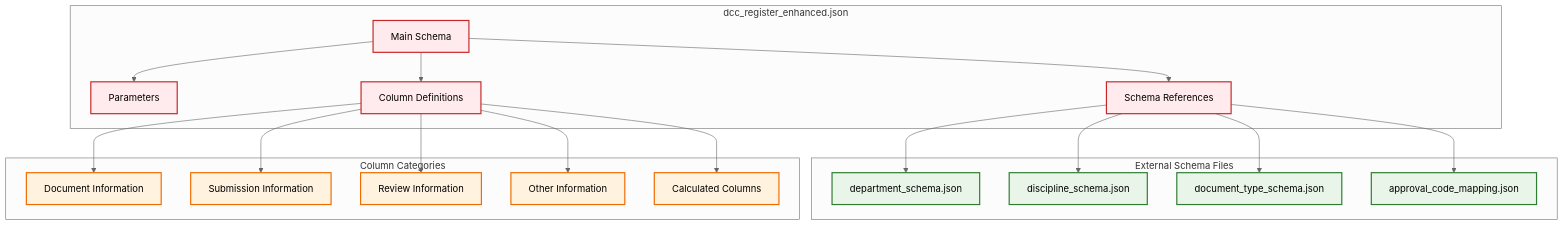
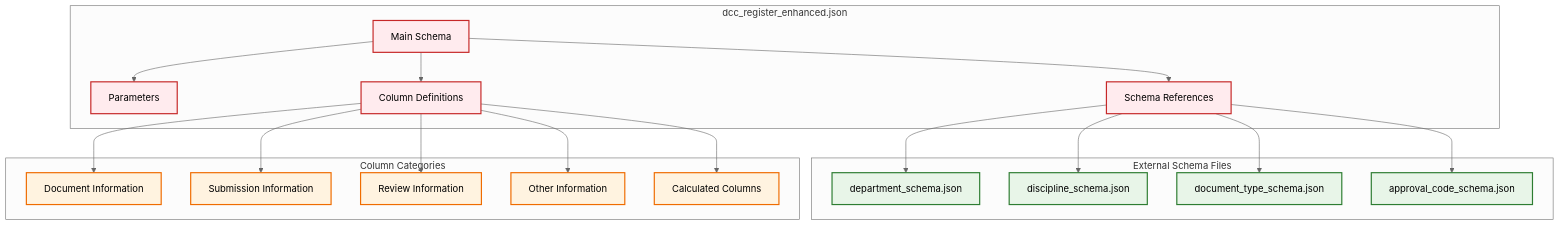
The second of 3 diagrams in dcc/workflow/explaination/universal-processing-workflow.md (chinwarsoon/Engineering-and-Design), drawn with Mermaid (neutral theme) before and after one commit. The commit also changed other lines of this file and 13 other files, not shown here.

````diff
--- a/dcc/workflow/explaination/universal-processing-workflow.md
+++ b/dcc/workflow/explaination/universal-processing-workflow.md
@@ -311,52 +311,52 @@
 ```mermaid
 graph TD
     %% Main Schema
     subgraph "dcc_register_enhanced.json"
         MAIN[Main Schema]
         PARAMS[Parameters]
         COLS[Column Definitions]
         REFS[Schema References]
     end
     
     %% External Schemas
     subgraph "External Schema Files"
         DEPT[department_schema.json]
         DISC[discipline_schema.json]
         DOCTYPE[document_type_schema.json]
-        APPROVAL[approval_code_mapping.json]
+        APPROVAL[approval_code_schema.json]
     end
     
     %% Column Categories
     subgraph "Column Categories"
         DOC_INFO[Document Information]
         SUB_INFO[Submission Information]
         REV_INFO[Review Information]
         OTHER[Other Information]
         CALC[Calculated Columns]
     end
     
     %% Relationships
     MAIN --> PARAMS
     MAIN --> COLS
     MAIN --> REFS
     
     REFS --> DEPT
     REFS --> DISC
     REFS --> DOCTYPE
     REFS --> APPROVAL
     
     COLS --> DOC_INFO
     COLS --> SUB_INFO
     COLS --> REV_INFO
     COLS --> OTHER
     COLS --> CALC
     
     %% Styling
     classDef main fill:#ffebee,stroke:#c62828,stroke-width:2px
     classDef external fill:#e8f5e8,stroke:#2e7d32,stroke-width:2px
     classDef category fill:#fff3e0,stroke:#ef6c00,stroke-width:2px
     
     class MAIN,PARAMS,COLS,REFS main
     class DEPT,DISC,DOCTYPE,APPROVAL external
     class DOC_INFO,SUB_INFO,REV_INFO,OTHER,CALC category
 ```
````
